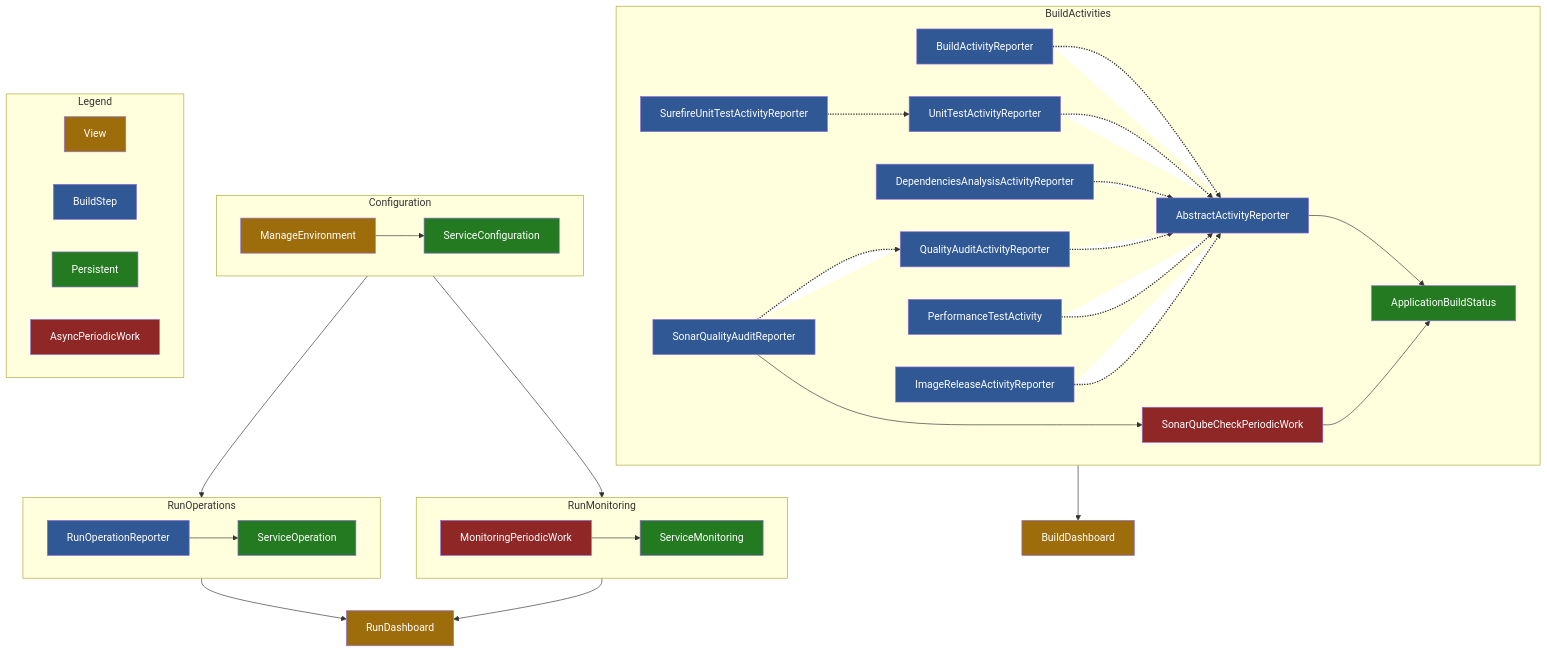
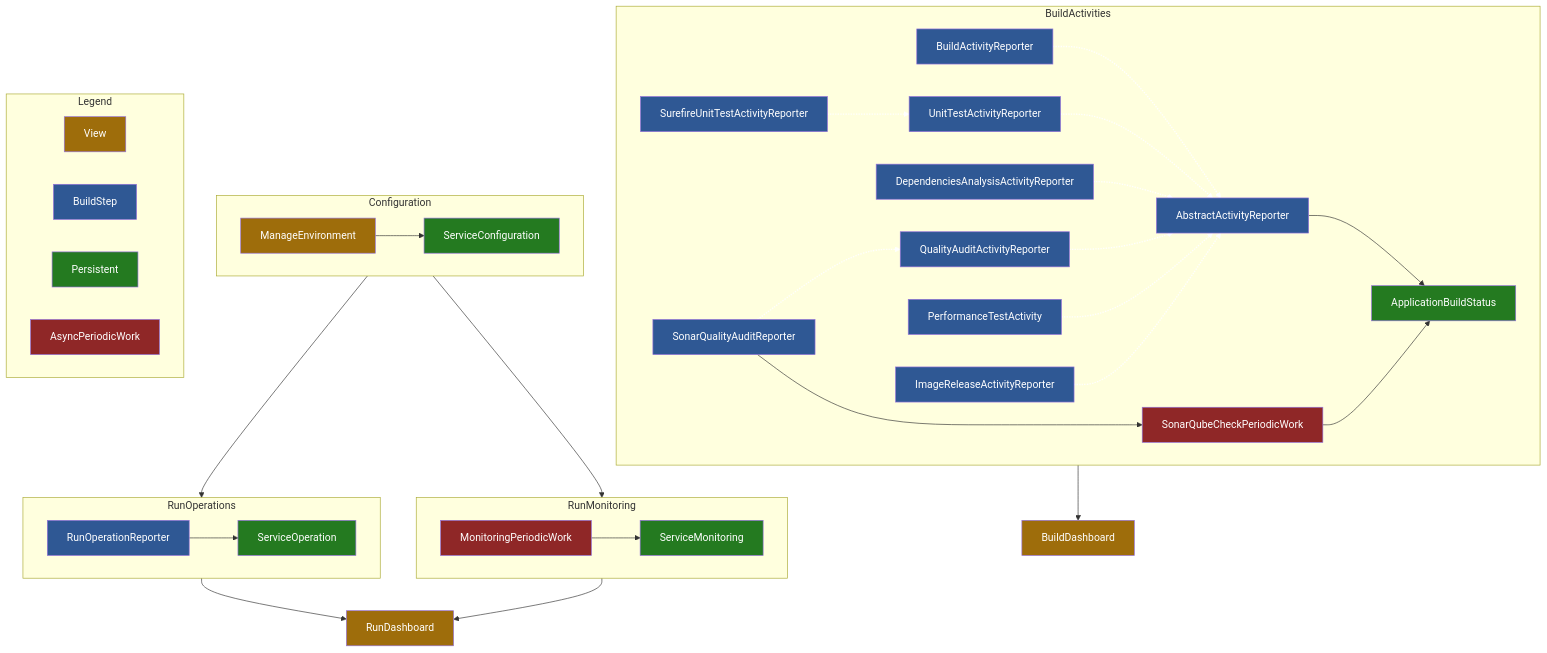
The diagram in README.md (jenkinsci/devops-portal-plugin), drawn with Mermaid before and after one commit.

````diff
--- a/README.md
+++ b/README.md
@@ -377,47 +377,47 @@
 ```mermaid
 flowchart TB
     subgraph Configuration
     ManageEnvironment:::view --> ServiceConfiguration:::entity
     end
     
     subgraph RunOperations
     RunOperationReporter:::reporter --> ServiceOperation:::entity
     end
     
     subgraph RunMonitoring
     MonitoringPeriodicWork:::worker --> ServiceMonitoring:::entity
     end
     
     subgraph BuildActivities
     BuildActivityReporter:::reporter -.-> AbstractActivityReporter:::reporter
     UnitTestActivityReporter:::reporter -.-> AbstractActivityReporter:::reporter
     SurefireUnitTestActivityReporter:::reporter -.-> UnitTestActivityReporter:::reporter
     DependenciesAnalysisActivityReporter:::reporter -.-> AbstractActivityReporter:::reporter
     QualityAuditActivityReporter:::reporter -.-> AbstractActivityReporter:::reporter
     SonarQualityAuditReporter:::reporter -.-> QualityAuditActivityReporter:::reporter
     PerformanceTestActivity:::reporter -.-> AbstractActivityReporter:::reporter
     ImageReleaseActivityReporter:::reporter -.-> AbstractActivityReporter:::reporter
     AbstractActivityReporter:::reporter --> ApplicationBuildStatus:::entity
     SonarQualityAuditReporter:::reporter --> SonarQubeCheckPeriodicWork:::worker
     SonarQubeCheckPeriodicWork:::worker --> ApplicationBuildStatus:::entity
     end
     
     subgraph Legend
     View:::view
     BuildStep:::reporter
     Persistent:::entity
     AsyncPeriodicWork:::worker
     end
     
     Configuration --> RunOperations
     Configuration --> RunMonitoring
     RunOperations --> RunDashboard:::view
     RunMonitoring --> RunDashboard:::view
     BuildActivities --> BuildDashboard:::view
     
     classDef view fill:#9e6d0b,color:#fff
     classDef reporter fill:#2f5894,color:#fff
     classDef entity fill:#247a20,color:#fff
     classDef worker fill:#8f2727,color:#fff
-    linkStyle 3,4,5,6,7,8,9,10 stroke-width:2px,fill:white;
+    linkStyle 3,4,5,6,7,8,9,10 stroke-width:2px,fill:none,stroke:white
 ```
````
